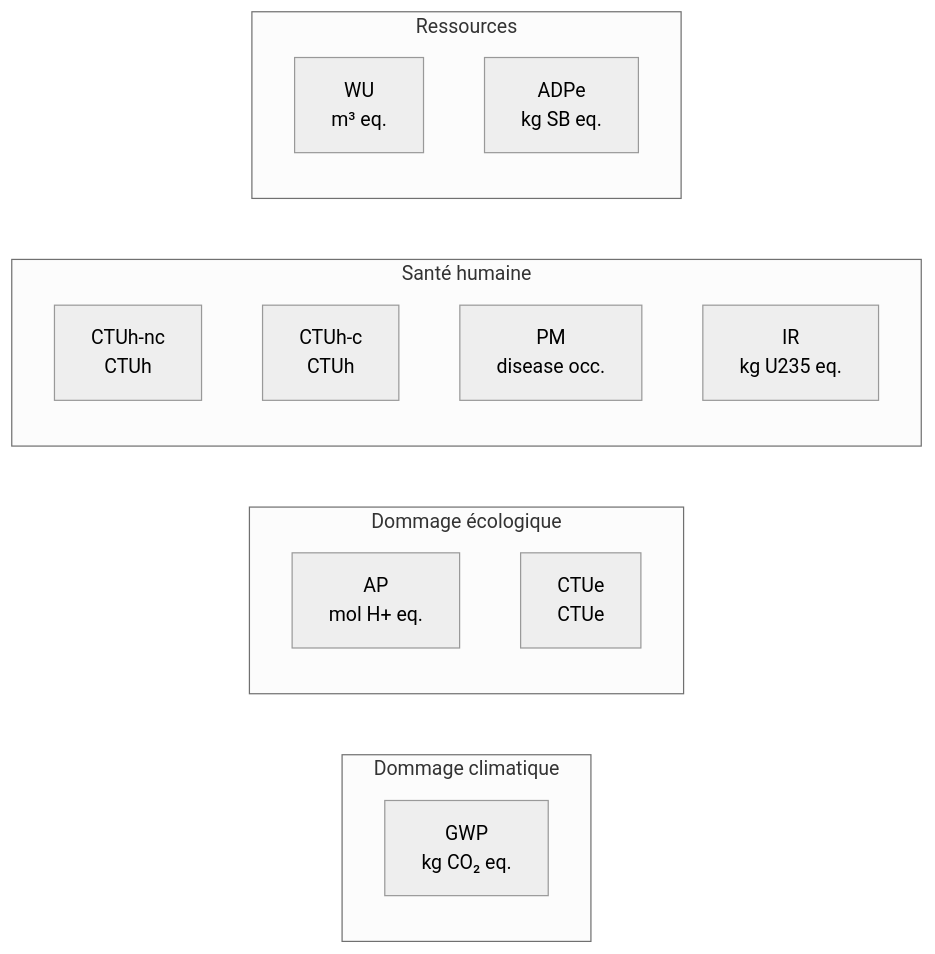
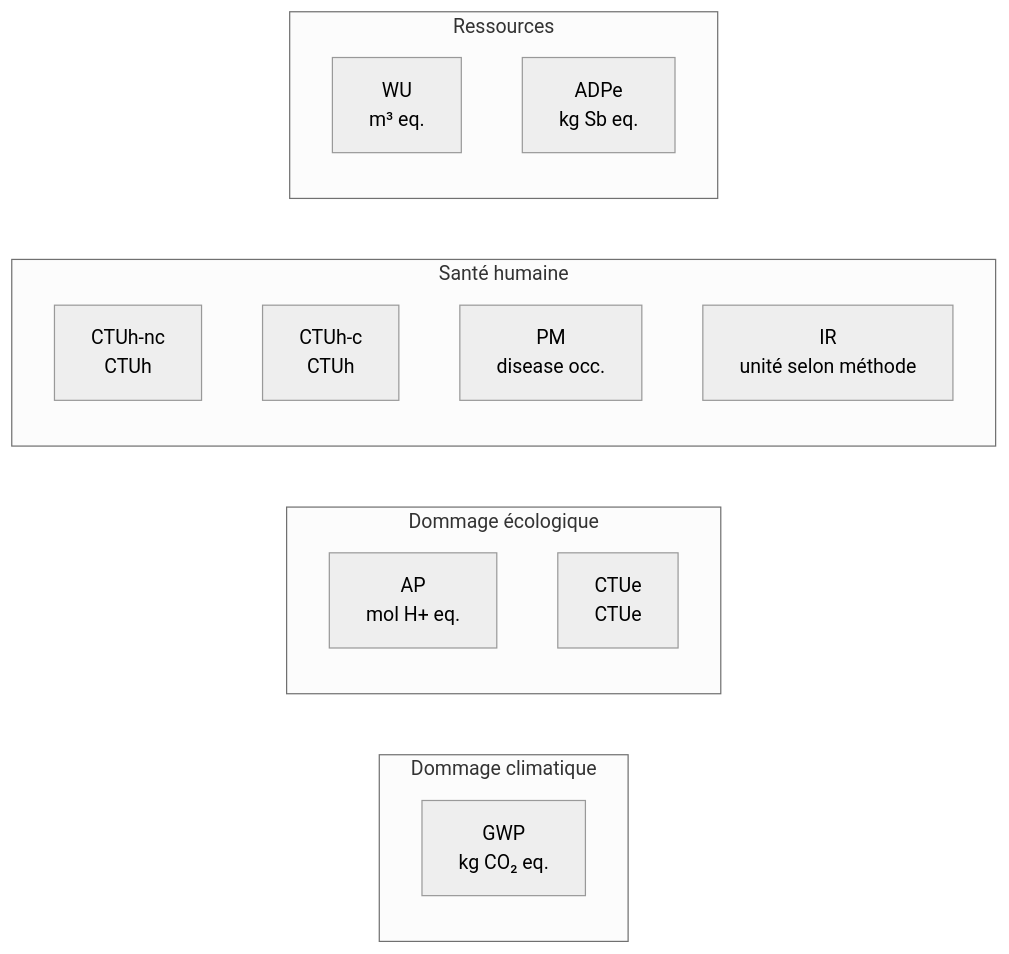
Before and after one commit to digital4better/methodology: the diagram in docs/fondations/indicateurs-environnementaux.md, drawn with Mermaid (neutral theme). The commit also changed other lines of this file and 193 other files, not shown here.

````diff
--- a/docs/fondations/indicateurs-environnementaux.md
+++ b/docs/fondations/indicateurs-environnementaux.md
@@ -13,20 +13,20 @@
 ```mermaid
 flowchart LR
     subgraph Dommage climatique
         GWP[GWP<br>kg CO₂ eq.]
     end
     subgraph Dommage écologique
         AP[AP<br>mol H+ eq.]
         CTUe[CTUe<br>CTUe]
     end
     subgraph Santé humaine
         CTUhnc[CTUh-nc<br>CTUh]
         CTUhc[CTUh-c<br>CTUh]
         PM[PM<br>disease occ.]
-        IR[IR<br>kg U235 eq.]
+        IR[IR<br>unité selon méthode]
     end
     subgraph Ressources
         WU[WU<br>m³ eq.]
-        ADPe[ADPe<br>kg SB eq.]
+        ADPe[ADPe<br>kg Sb eq.]
     end
 ```
````
